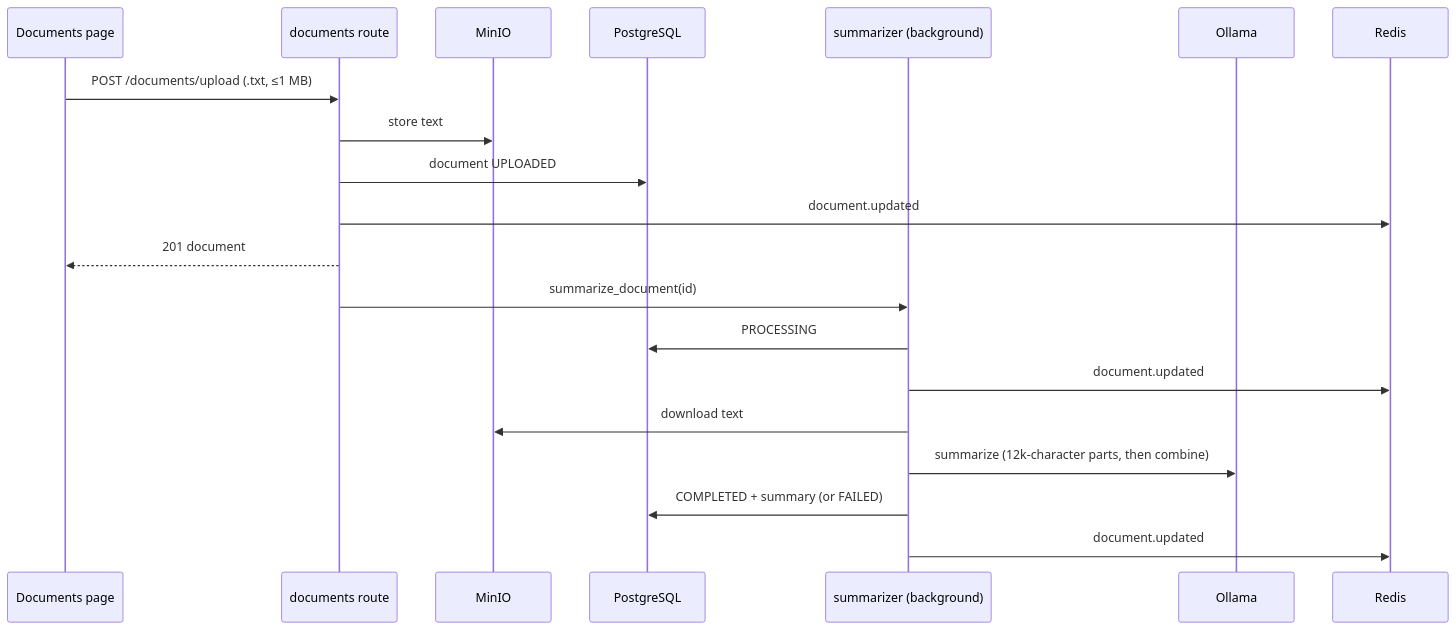
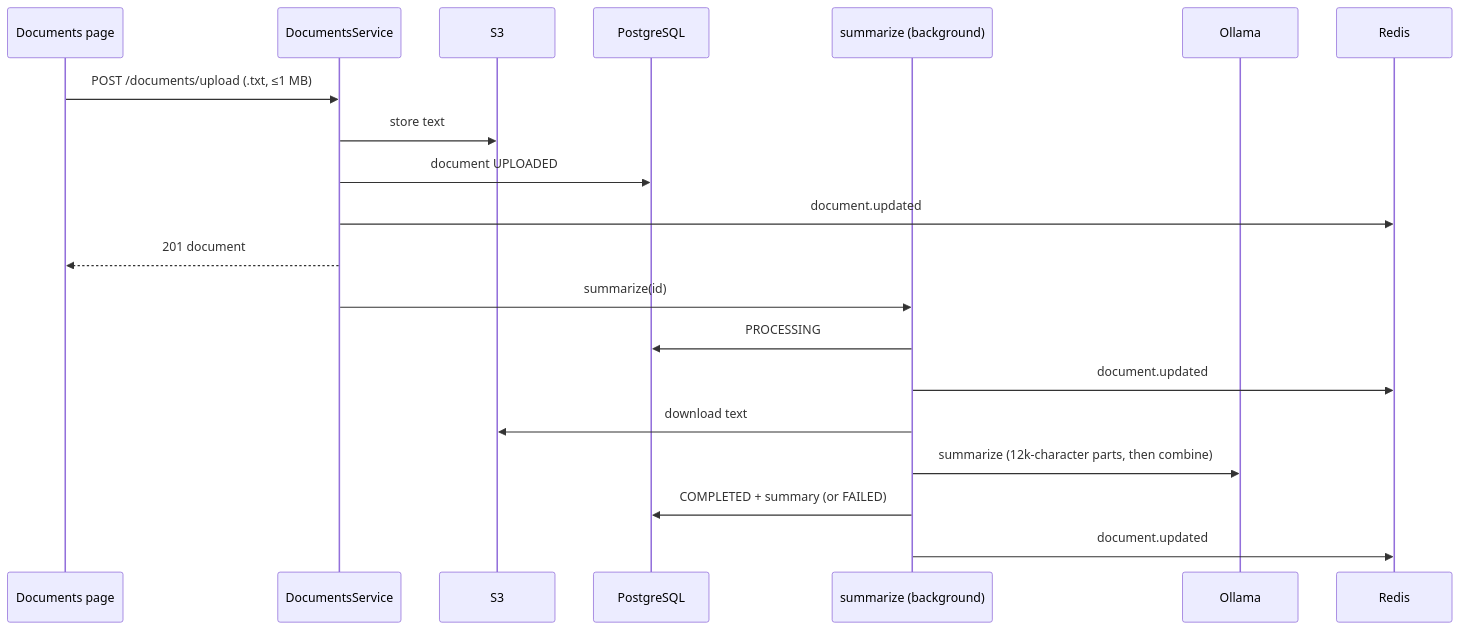
The first of 2 diagrams in docs/ai-summary/backend/flow.md (Basit787/my-app), drawn with Mermaid before and after one commit. The commit also changed other lines of this file and 243 other files, not shown here.

````diff
--- a/docs/ai-summary/backend/flow.md
+++ b/docs/ai-summary/backend/flow.md
@@ -5,22 +5,22 @@
 ```mermaid
 sequenceDiagram
     participant UI as Documents page
-    participant R as documents route
-    participant M as MinIO
+    participant R as DocumentsService
+    participant M as S3
     participant DB as PostgreSQL
-    participant J as summarizer (background)
+    participant J as summarize (background)
     participant L as Ollama
     participant E as Redis
     UI->>R: POST /documents/upload (.txt, ≤1 MB)
     R->>M: store text
     R->>DB: document UPLOADED
     R->>E: document.updated
     R-->>UI: 201 document
-    R->>J: summarize_document(id)
+    R->>J: summarize(id)
     J->>DB: PROCESSING
     J->>E: document.updated
     J->>M: download text
     J->>L: summarize (12k-character parts, then combine)
     J->>DB: COMPLETED + summary (or FAILED)
     J->>E: document.updated
 ```
````
